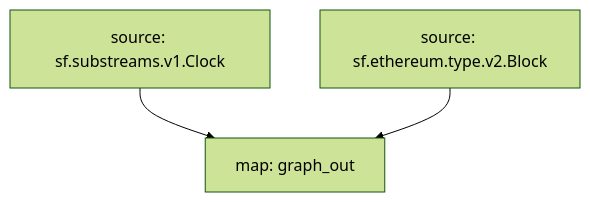
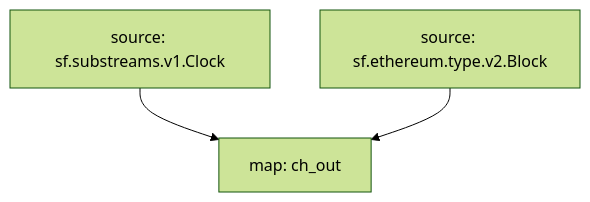
Before and after one commit to pinax-network/substreams-raw-blocks: the diagram in README.md, drawn with Mermaid (forest theme). The commit also changed other lines of this file and 7 other files, not shown here.

````diff
--- a/README.md
+++ b/README.md
@@ -142,6 +32,6 @@
 ```mermaid
 graph TD;
-  graph_out[map: graph_out];
-  sf.substreams.v1.Clock[source: sf.substreams.v1.Clock] --> graph_out;
-  sf.ethereum.type.v2.Block[source: sf.ethereum.type.v2.Block] --> graph_out;
+  ch_out[map: ch_out];
+  sf.substreams.v1.Clock[source: sf.substreams.v1.Clock] --> ch_out;
+  sf.ethereum.type.v2.Block[source: sf.ethereum.type.v2.Block] --> ch_out;
 ```
````
